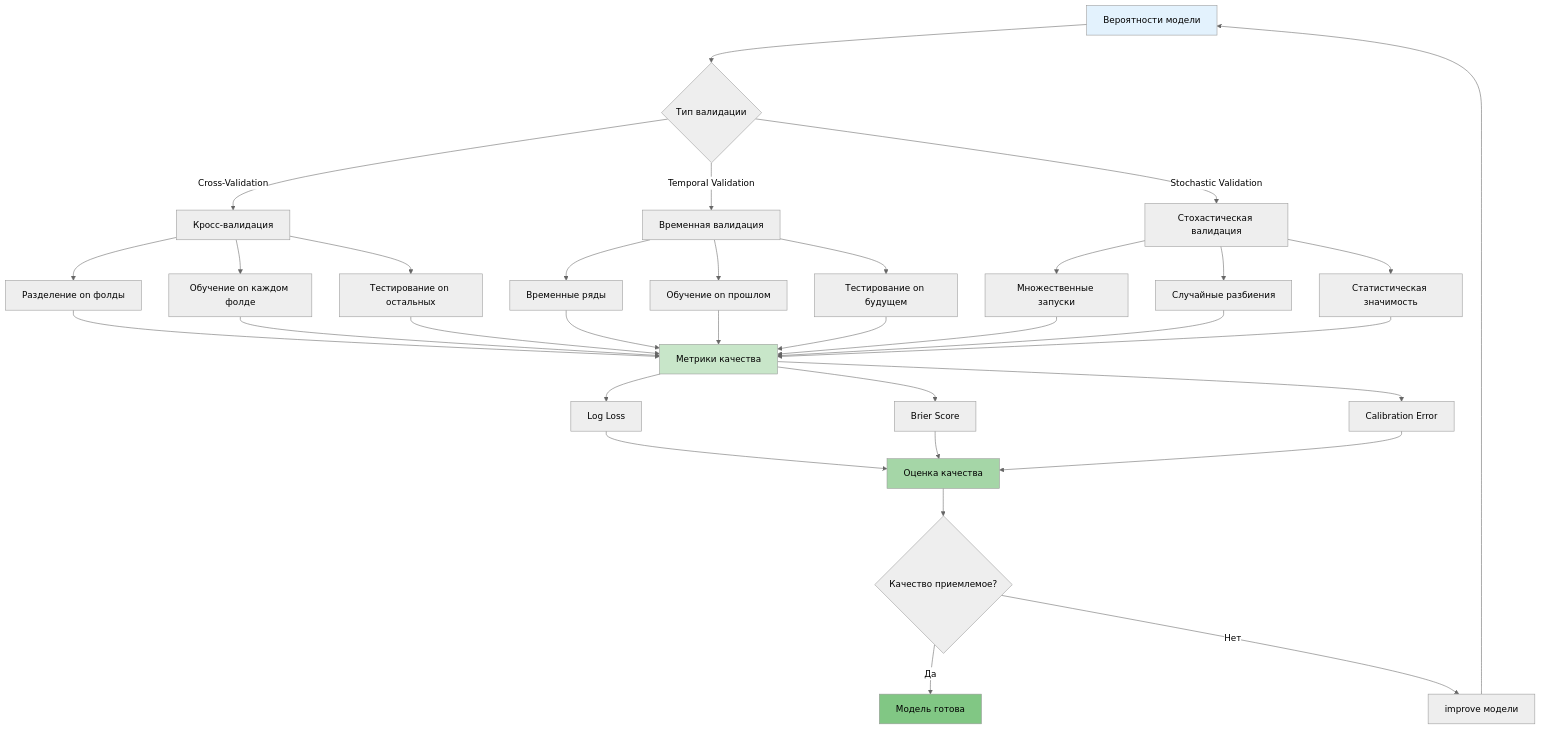
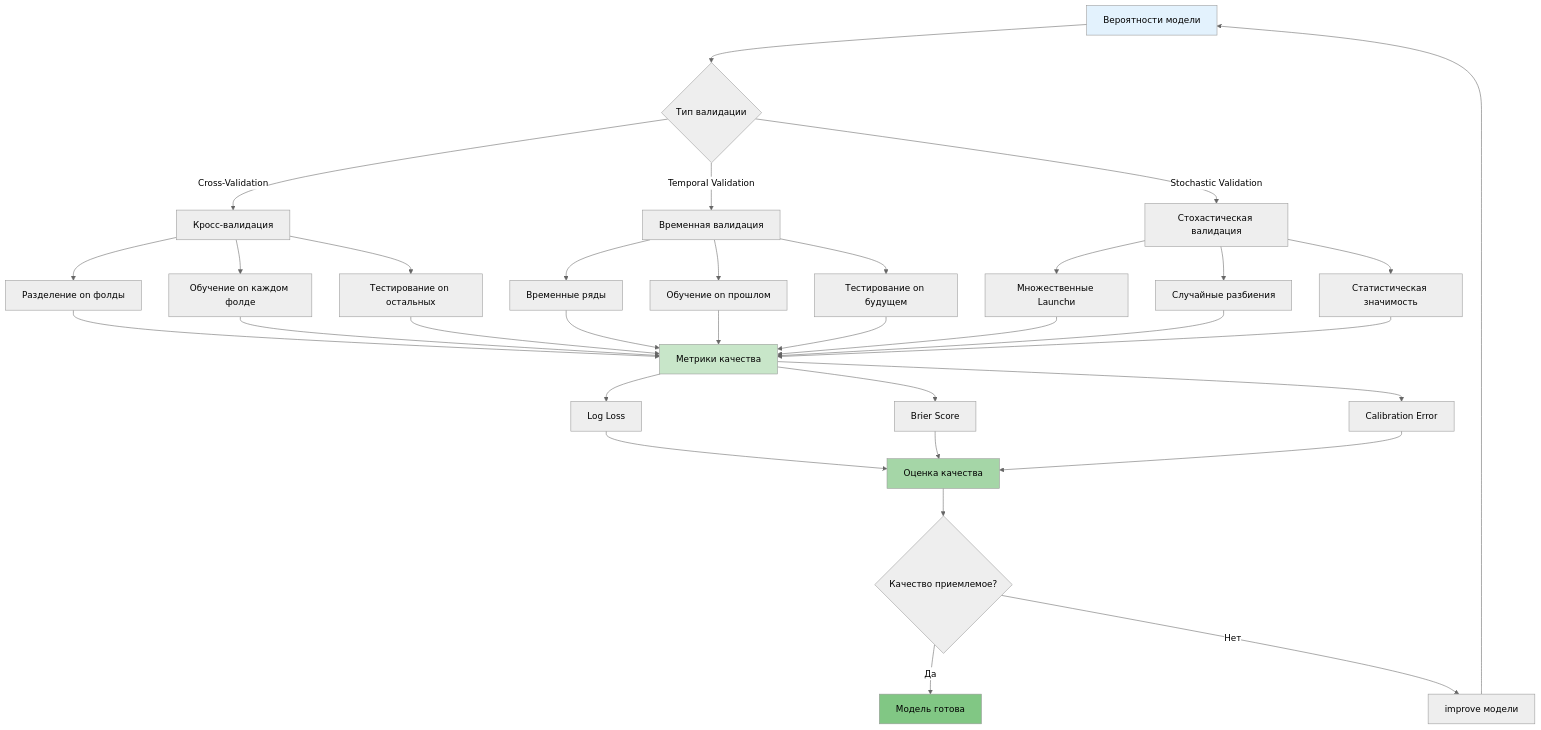
One commit to NeoZorK/neozork-hld-prediction changed the sixth of 8 diagrams in docs/automl/gluon/26_probability_usage_guide.md. Above: the diagram before and after it, drawn with Mermaid (neutral theme). The commit also changed other lines of this file and 102 other files, not shown here.

````diff
--- a/docs/automl/gluon/26_probability_usage_guide.md
+++ b/docs/automl/gluon/26_probability_usage_guide.md
@@ -1553,48 +1553,48 @@
 ```mermaid
 graph TD
  A[Вероятности модели] --> B{Тип валидации}
 
  B -->|Cross-Validation| C[Кросс-валидация]
  B -->|Temporal Validation| D[Временная валидация]
  B -->|Stochastic Validation| E[Стохастическая валидация]
 
  C --> C1[Разделение on фолды]
  C --> C2[Обучение on каждом фолде]
  C --> C3[Тестирование on остальных]
 
  D --> D1[Временные ряды]
  D --> D2[Обучение on прошлом]
  D --> D3[Тестирование on будущем]
 
- E --> E1[Множественные запуски]
+ E --> E1[Множественные Launchи]
  E --> E2[Случайные разбиения]
  E --> E3[Статистическая значимость]
 
  C1 --> F[Метрики качества]
  C2 --> F
  C3 --> F
  D1 --> F
  D2 --> F
  D3 --> F
  E1 --> F
  E2 --> F
  E3 --> F
 
  F --> G[Log Loss]
  F --> H[Brier Score]
  F --> I[Calibration Error]
 
  G --> J[Оценка качества]
  H --> J
  I --> J
 
  J --> K{Качество приемлемое?}
  K -->|Да| L[Модель готова]
  K -->|Нет| M[improve модели]
  M --> A
 
  style A fill:#e3f2fd
  style F fill:#c8e6c9
  style J fill:#a5d6a7
  style L fill:#81c784
 ```
````
